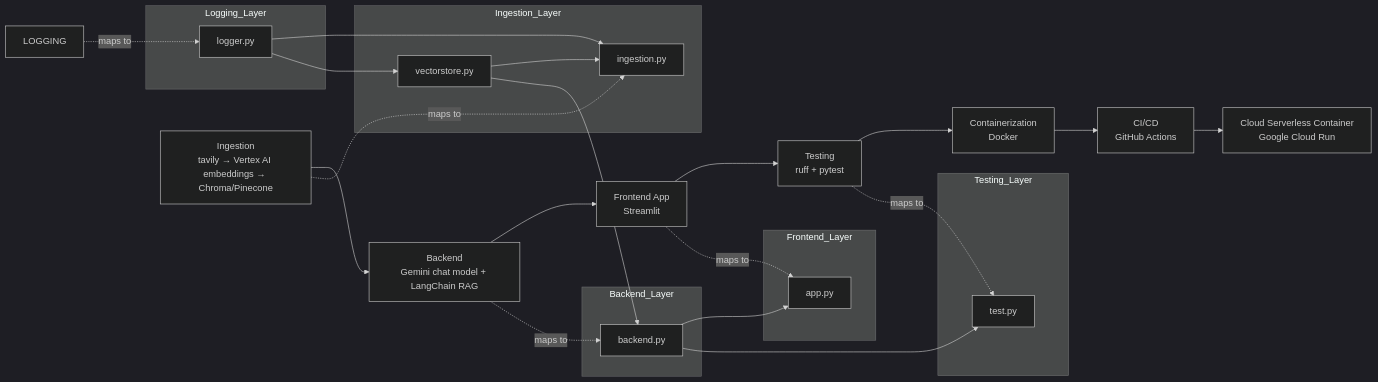
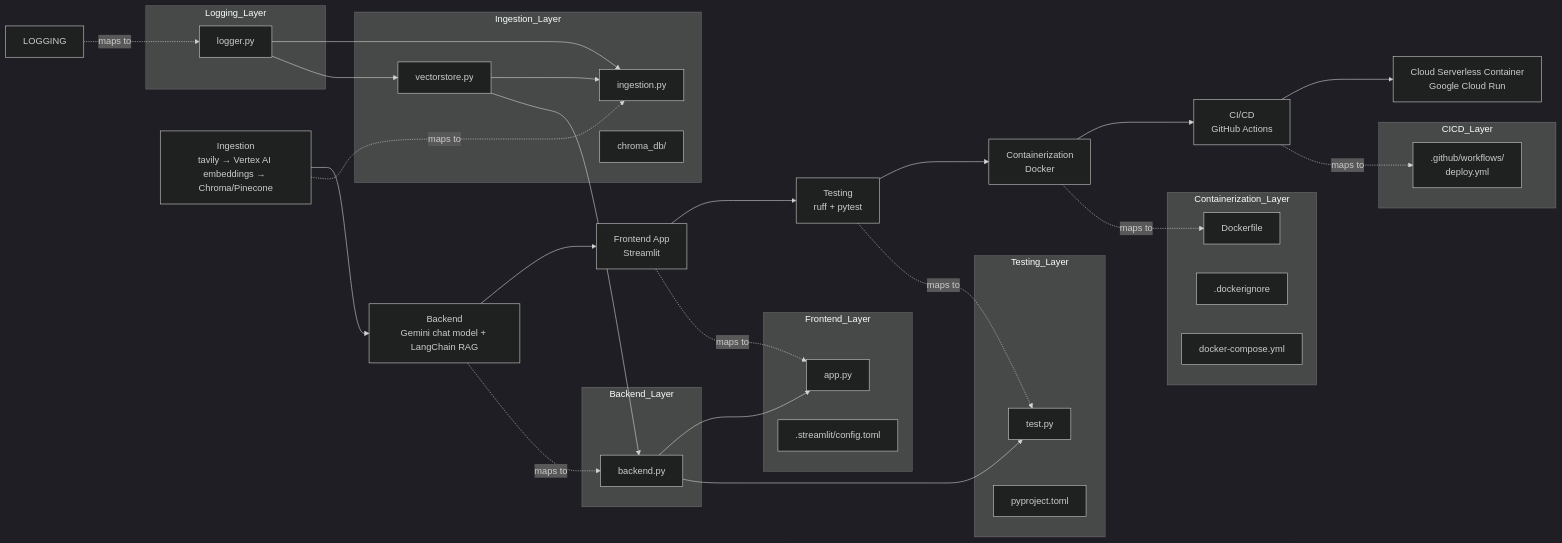
One commit to kpma1120/llmops-e2e-langchain changed the first of 2 diagrams in README.md. Above: the diagram before and after it, drawn with Mermaid (dark theme). The commit also changed other lines of this file, not shown here.

````diff
--- a/README.md
+++ b/README.md
@@ -242,51 +238,66 @@
 ```mermaid
 flowchart LR
     %% ============================
     %% High-level pipeline (main flow)
     %% ============================
     INGESTION[Ingestion<br/>tavily → Vertex AI embeddings → Chroma/Pinecone]
         --> BACKEND[Backend<br/>Gemini chat model + LangChain RAG]
         --> FRONTEND[Frontend App<br/>Streamlit]
         --> TESTING[Testing<br/>ruff + pytest]
-        --> DOCKER[Containerization<br/>Docker]
+        --> CONTAINERIZATION[Containerization<br/>Docker]
         --> CICD[CI/CD<br/>GitHub Actions]
         --> CLOUD[Cloud Serverless Container<br/>Google Cloud Run]
 
     %% ============================
     %% Module-level mapping
     %% ============================
     subgraph Ingestion_Layer
         ING[ingestion.py]
         VS[vectorstore.py]
+        CHROMA[chroma_db/]
         VS --> ING
     end
 
     subgraph Backend_Layer
         BE[backend.py]
         VS --> BE
     end
 
     subgraph Frontend_Layer
         APP[app.py]
+        FRONTEND_CONFIG[.streamlit/config.toml]
         BE --> APP
     end
 
     subgraph Logging_Layer
         LOG[logger.py]
         LOG --> ING
         LOG --> VS
     end
 
     subgraph Testing_Layer
         TEST[test.py]
+        TEST_CONFIG[pyproject.toml]
         BE --> TEST
+    end
+
+    subgraph Containerization_Layer
+        DOCKERFILE[Dockerfile]
+        DOCKERIGNORE[.dockerignore]
+        DOCKERCOMPOSE[docker-compose.yml]
+    end
+
+    subgraph CICD_Layer
+        DEPLOY[.github/workflows/<br/>deploy.yml]
     end
 
     %% Connect layers to high-level pipeline
     INGESTION -. maps to .-> ING
     BACKEND -. maps to .-> BE
     FRONTEND -. maps to .-> APP
     TESTING -. maps to .-> TEST
+    CONTAINERIZATION -. maps to .-> DOCKERFILE
+    CICD -. maps to .-> DEPLOY
     %% Logging is intentionally NOT part of main pipeline
     LOGGING -. maps to .-> LOG
 ```
````
